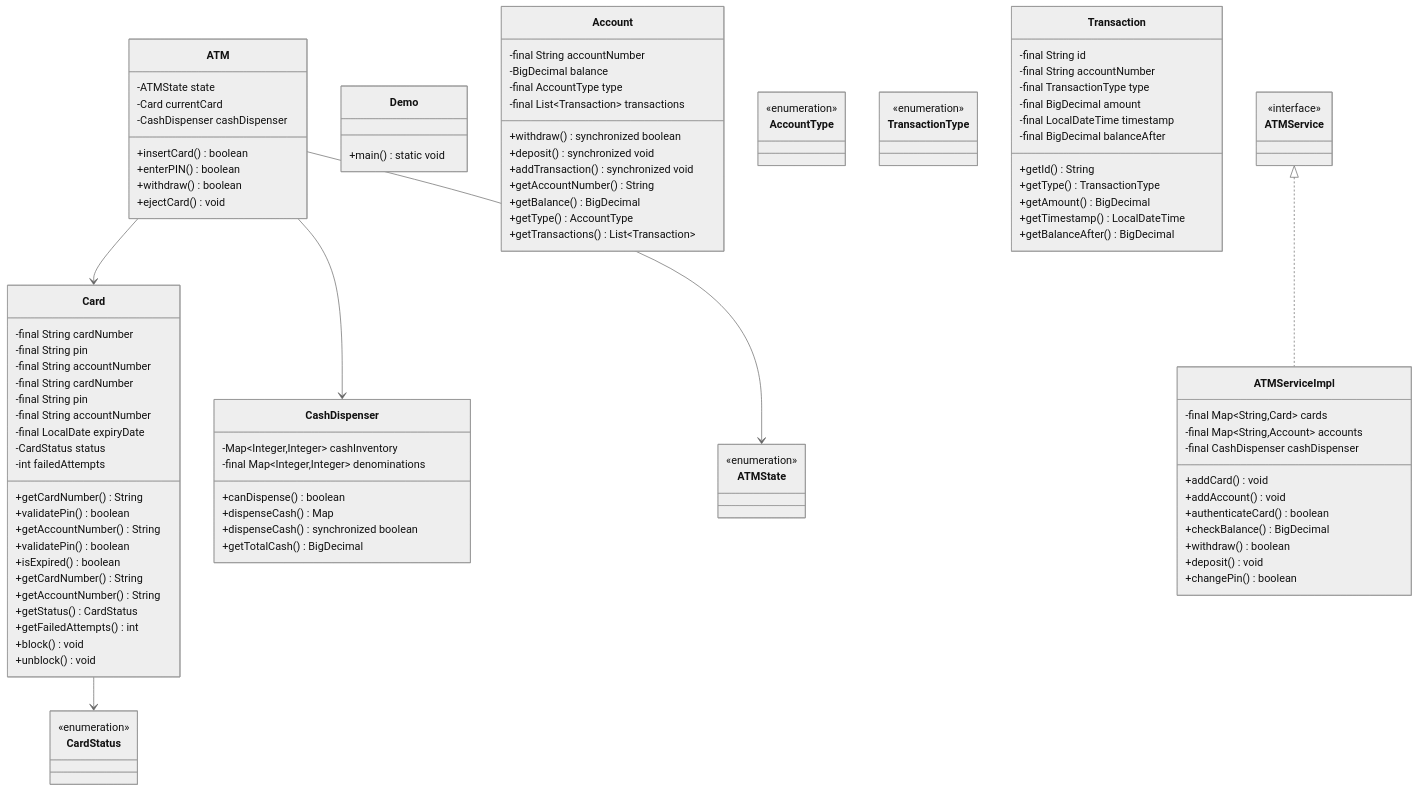
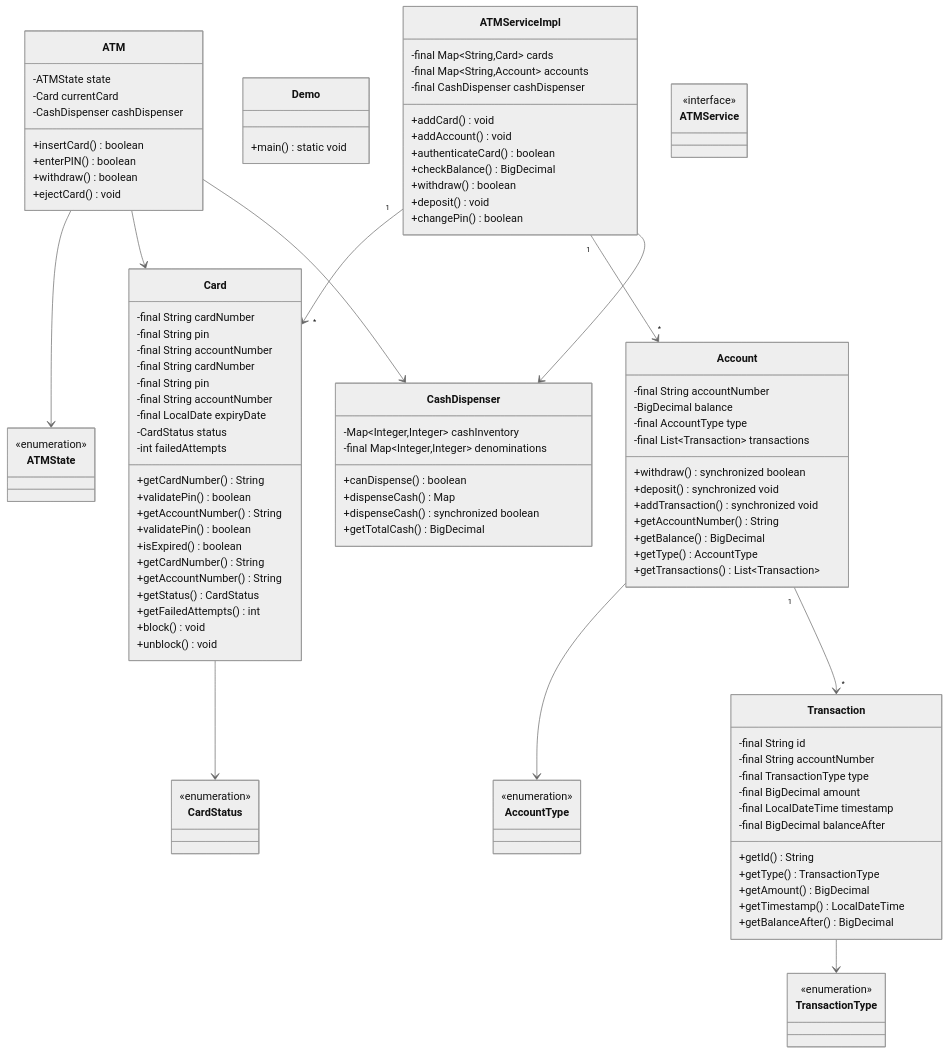
The diagram in docs/problems/atm/README.md (dlkr18/lld-playbook), drawn with Mermaid (neutral theme) before and after one commit. The commit also changed 119 other files, not shown here.

First line of the commit message:
feat: add comprehensive relationships to all class diagrams

````diff
--- a/docs/problems/atm/README.md
+++ b/docs/problems/atm/README.md
@@ -220,9 +220,14 @@
     class ATMService
     <<interface>> ATMService
 
+    Card --> CardStatus
     ATM --> ATMState
     ATM --> Card
     ATM --> CashDispenser
-    ATMService <|.. ATMServiceImpl
-    Card --> CardStatus
+    ATMServiceImpl "1" --> "*" Card
+    ATMServiceImpl "1" --> "*" Account
+    ATMServiceImpl --> CashDispenser
+    Account --> AccountType
+    Account "1" --> "*" Transaction
+    Transaction --> TransactionType
 ```
````
